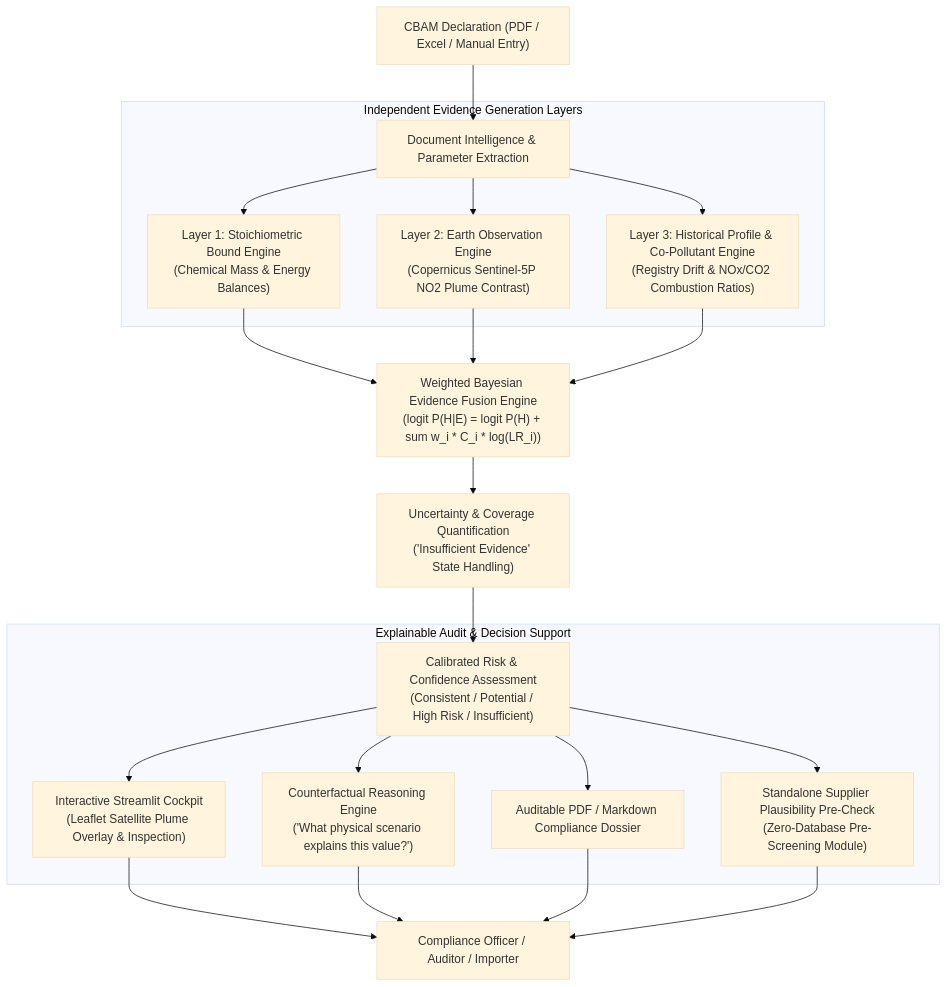
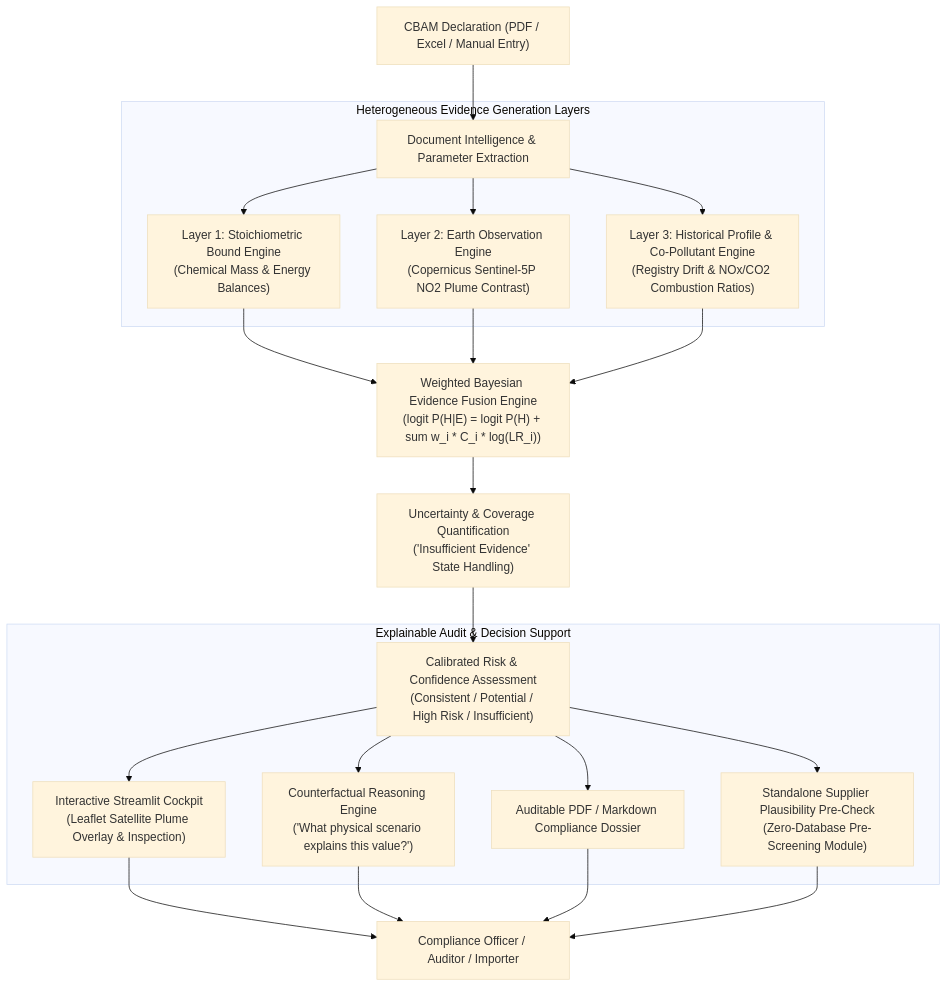
Before and after one commit to CaceresCristhian/VeriCBAM: the first of 2 diagrams in Capstone_Proposal_Document.md, drawn with Mermaid (base theme). The commit also changed other lines of this file and 10 other files, not shown here.

````diff
--- a/Capstone_Proposal_Document.md
+++ b/Capstone_Proposal_Document.md
@@ -69,29 +69,29 @@
 ```mermaid
 flowchart TD
     A["CBAM Declaration (PDF / Excel / Manual Entry)"] --> B["Document Intelligence & Parameter Extraction"]
     
-    subgraph Evidence_Generation["Independent Evidence Generation Layers"]
+    subgraph Evidence_Generation["Heterogeneous Evidence Generation Layers"]
         B --> C1["Layer 1: Stoichiometric Bound Engine\n(Chemical Mass & Energy Balances)"]
         B --> C2["Layer 2: Earth Observation Engine\n(Copernicus Sentinel-5P NO2 Plume Contrast)"]
         B --> C3["Layer 3: Historical Profile & Co-Pollutant Engine\n(Registry Drift & NOx/CO2 Combustion Ratios)"]
     end
     
     C1 --> D["Weighted Bayesian Evidence Fusion Engine\n(logit P(H|E) = logit P(H) + sum w_i * C_i * log(LR_i))"]
     C2 --> D
     C3 --> D
     
     D --> E["Uncertainty & Coverage Quantification\n('Insufficient Evidence' State Handling)"]
     E --> F["Calibrated Risk & Confidence Assessment\n(Consistent / Potential / High Risk / Insufficient)"]
     
     subgraph Human_In_The_Loop["Explainable Audit & Decision Support"]
         F --> G1["Interactive Streamlit Cockpit\n(Leaflet Satellite Plume Overlay & Inspection)"]
         F --> G2["Counterfactual Reasoning Engine\n('What physical scenario explains this value?')"]
         F --> G3["Auditable PDF / Markdown Compliance Dossier"]
         F --> G4["Standalone Supplier Plausibility Pre-Check\n(Zero-Database Pre-Screening Module)"]
     end
     
     G1 --> H["Compliance Officer / Auditor / Importer"]
     G2 --> H
     G3 --> H
     G4 --> H
 ```
````
